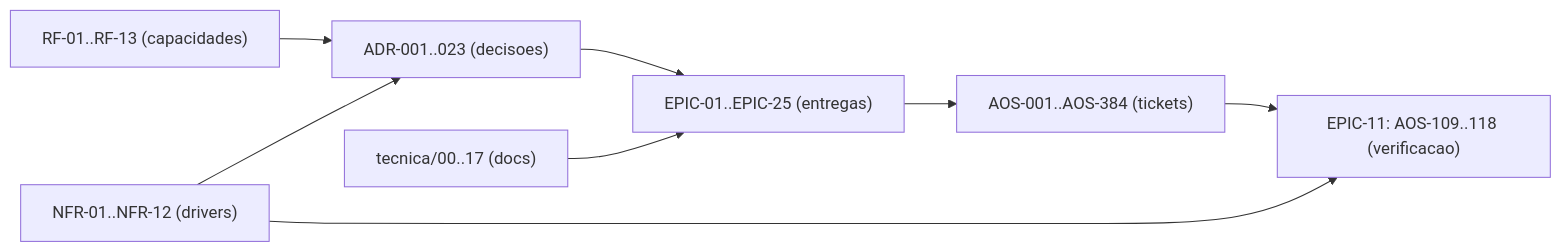
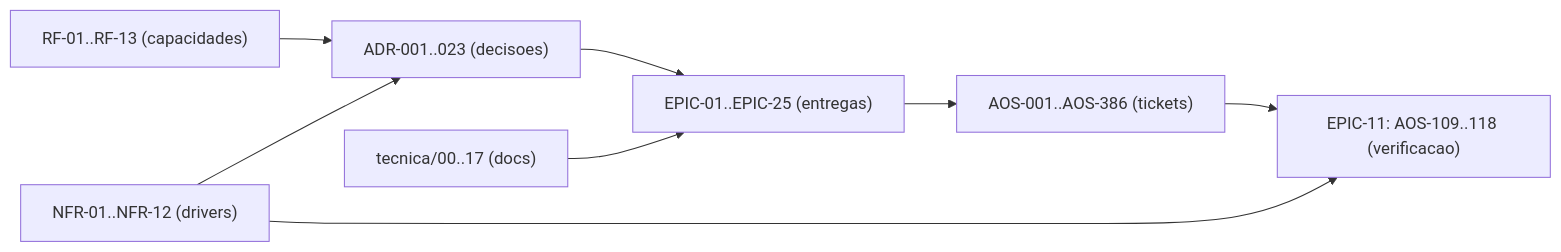
The diagram in tecnica/16_Rastreabilidade_RTM.md (albinoJimy/aos), drawn with Mermaid before and after one commit. The commit also changed other lines of this file and 5 other files, not shown here.

````diff
--- a/tecnica/16_Rastreabilidade_RTM.md
+++ b/tecnica/16_Rastreabilidade_RTM.md
@@ -180,10 +180,10 @@
 ```mermaid
 flowchart LR
     RF["RF-01..RF-13 (capacidades)"] --> ADR["ADR-001..023 (decisoes)"]
     NFR["NFR-01..NFR-12 (drivers)"] --> ADR
     ADR --> EPIC["EPIC-01..EPIC-25 (entregas)"]
-    EPIC --> TICK["AOS-001..AOS-384 (tickets)"]
+    EPIC --> TICK["AOS-001..AOS-386 (tickets)"]
     DOC["tecnica/00..17 (docs)"] --> EPIC
     TICK --> TEST["EPIC-11: AOS-109..118 (verificacao)"]
     NFR --> TEST
 ```
````
